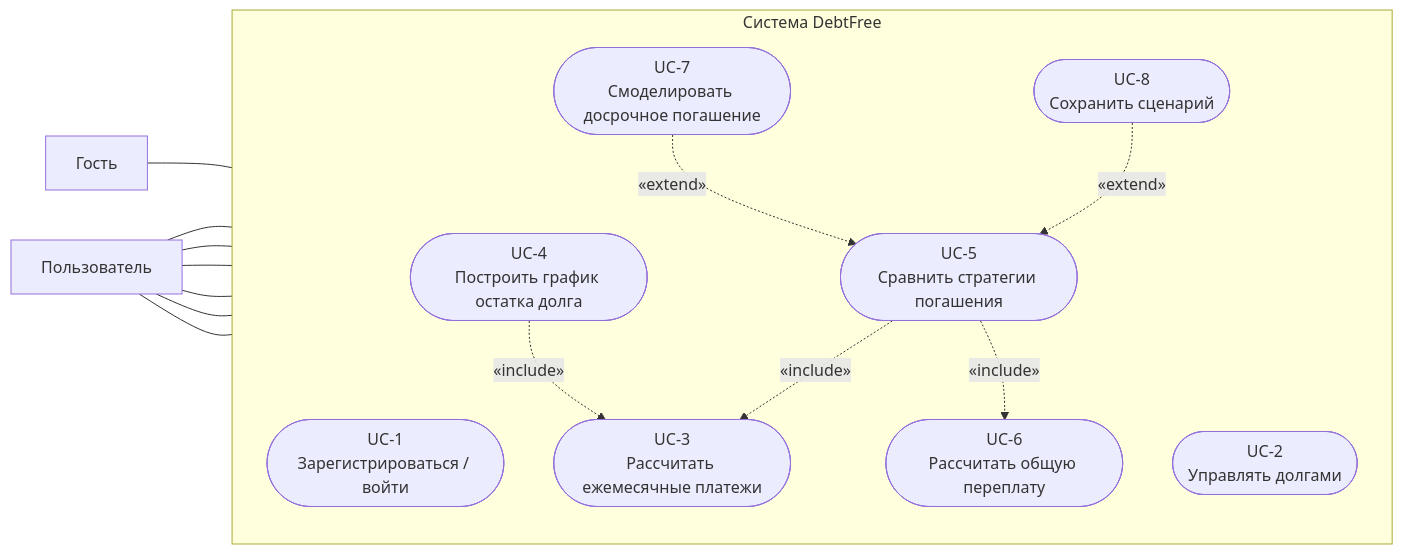
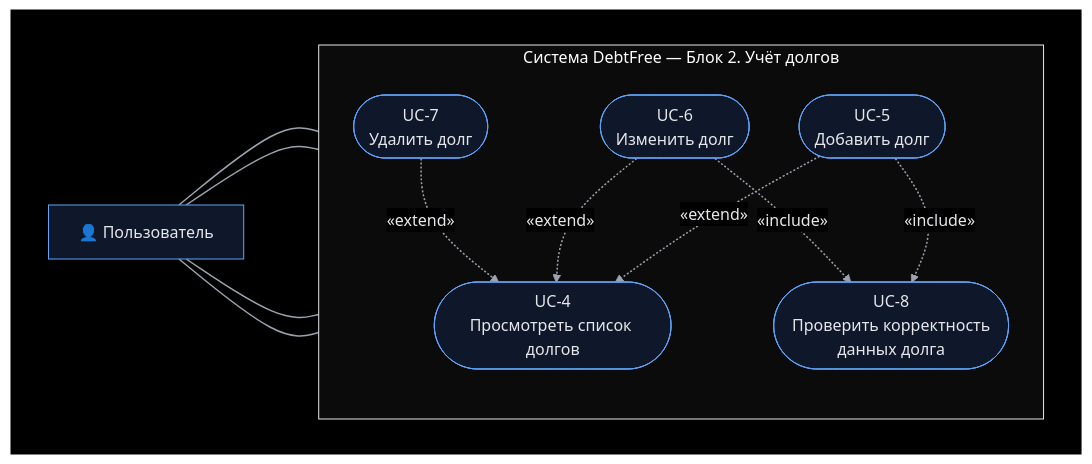
One commit to NE4EL/DebtFree changed the second of 6 diagrams in README.md. Above: the diagram before and after it, drawn with Mermaid. The commit also changed other lines of this file, not shown here.

````diff
--- a/README.md
+++ b/README.md
@@ -38,31 +66,32 @@
 ```mermaid
+%%{init: {'theme':'base','themeVariables': {'background':'#000000','primaryColor':'#0f172a','primaryBorderColor':'#60a5fa','primaryTextColor':'#e5e7eb','nodeTextColor':'#e5e7eb','secondaryColor':'#0b0b0b','tertiaryColor':'#0b0b0b','tertiaryTextColor':'#e5e7eb','clusterBkg':'#0b0b0b','clusterBorder':'#e5e7eb','lineColor':'#9ca3af','textColor':'#e5e7eb','titleColor':'#ffffff','edgeLabelBackground':'#000000'}}}%%
 flowchart LR
-    G["Гость"]
-    U["Пользователь"]
+    subgraph BG[" "]
+        direction LR
+        U["👤 Пользователь"]
 
-    subgraph SYS["Система DebtFree"]
-        direction TB
-        UC1(["UC-1<br/>Зарегистрироваться / войти"])
-        UC2(["UC-2<br/>Управлять долгами"])
-        UC3(["UC-3<br/>Рассчитать ежемесячные платежи"])
-        UC4(["UC-4<br/>Построить график остатка долга"])
-        UC5(["UC-5<br/>Сравнить стратегии погашения"])
-        UC6(["UC-6<br/>Рассчитать общую переплату"])
-        UC7(["UC-7<br/>Смоделировать досрочное погашение"])
-        UC8(["UC-8<br/>Сохранить сценарий"])
+        subgraph SYS["Система DebtFree — Блок 2. Учёт долгов"]
+            direction TB
+            UC4(["UC-4<br/>Просмотреть список долгов"])
+            UC5(["UC-5<br/>Добавить долг"])
+            UC6(["UC-6<br/>Изменить долг"])
+            UC7(["UC-7<br/>Удалить долг"])
+            UC8(["UC-8<br/>Проверить корректность<br/>данных долга"])
+        end
+
+        U --- UC4
+        U --- UC5
+        U --- UC6
+        U --- UC7
+
+        UC5 -. "«extend»" .-> UC4
+        UC6 -. "«extend»" .-> UC4
+        UC7 -. "«extend»" .-> UC4
+        UC5 -. "«include»" .-> UC8
+        UC6 -. "«include»" .-> UC8
     end
 
-    G --- UC1
-    U --- UC1
-    U --- UC2
-    U --- UC4
-    U --- UC5
-    U --- UC7
-
-    UC4 -. "«include»" .-> UC3
-    UC5 -. "«include»" .-> UC3
-    UC5 -. "«include»" .-> UC6
-    UC7 -. "«extend»" .-> UC5
-    UC8 -. "«extend»" .-> UC5
-    U --- UC8
+    style BG fill:#000000,stroke:#000000
+    style SYS fill:#0b0b0b,stroke:#e5e7eb,color:#ffffff
+    linkStyle default stroke:#9ca3af,stroke-width:1.5px
 ```
````
